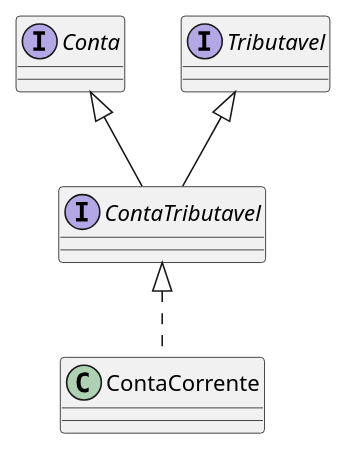
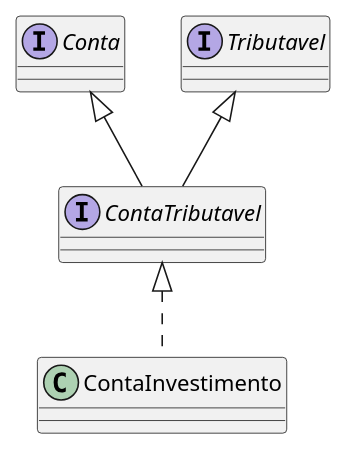
One commit to leandro-costa/vuepresspoo changed the fifth of 5 diagrams in src/03_conceitos_OO/10_abstratas_interface.md. Above: the diagram before and after it, drawn with PlantUML. The commit also changed other lines of this file and 6 other files, not shown here.

```diff
--- a/src/03_conceitos_OO/10_abstratas_interface.md
+++ b/src/03_conceitos_OO/10_abstratas_interface.md
@@ -565,6 +565,6 @@
 @startuml
 interface Conta
 interface  Tributavel
 interface ContaTributavel extends Conta, Tributavel
-class ContaCorrente implements ContaTributavel
+class ContaInvestimento implements ContaTributavel
 @enduml
```
